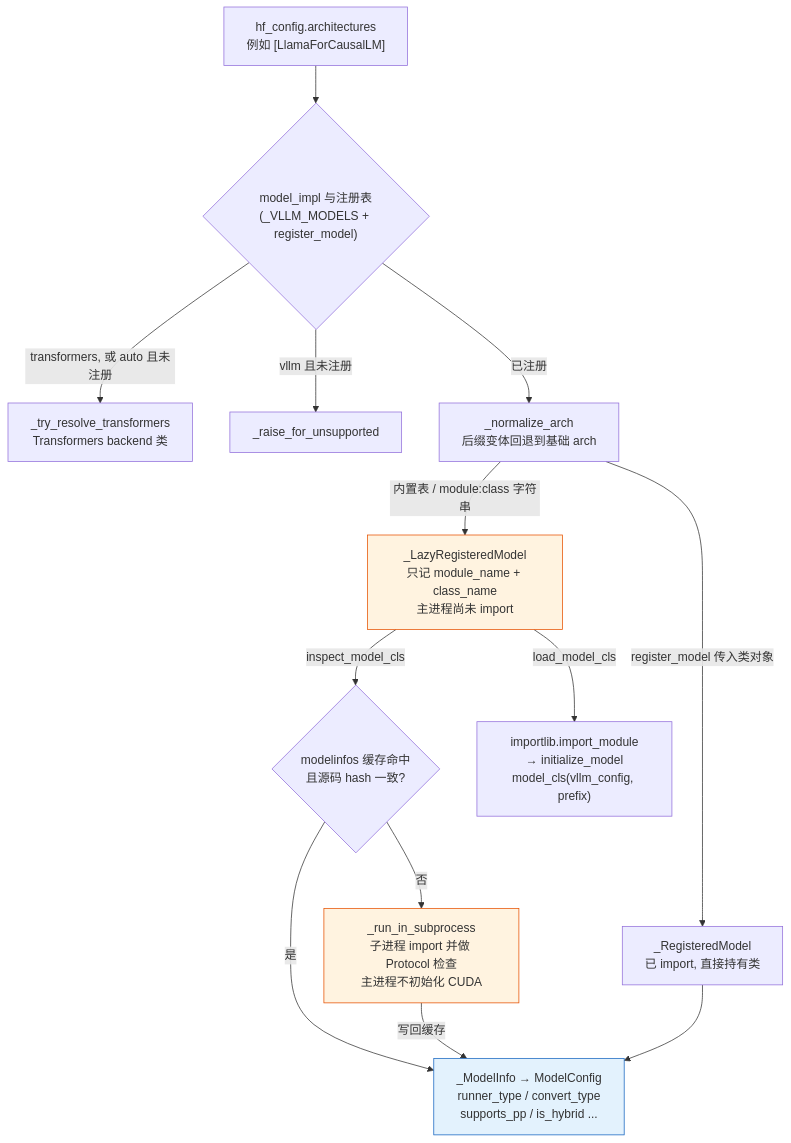
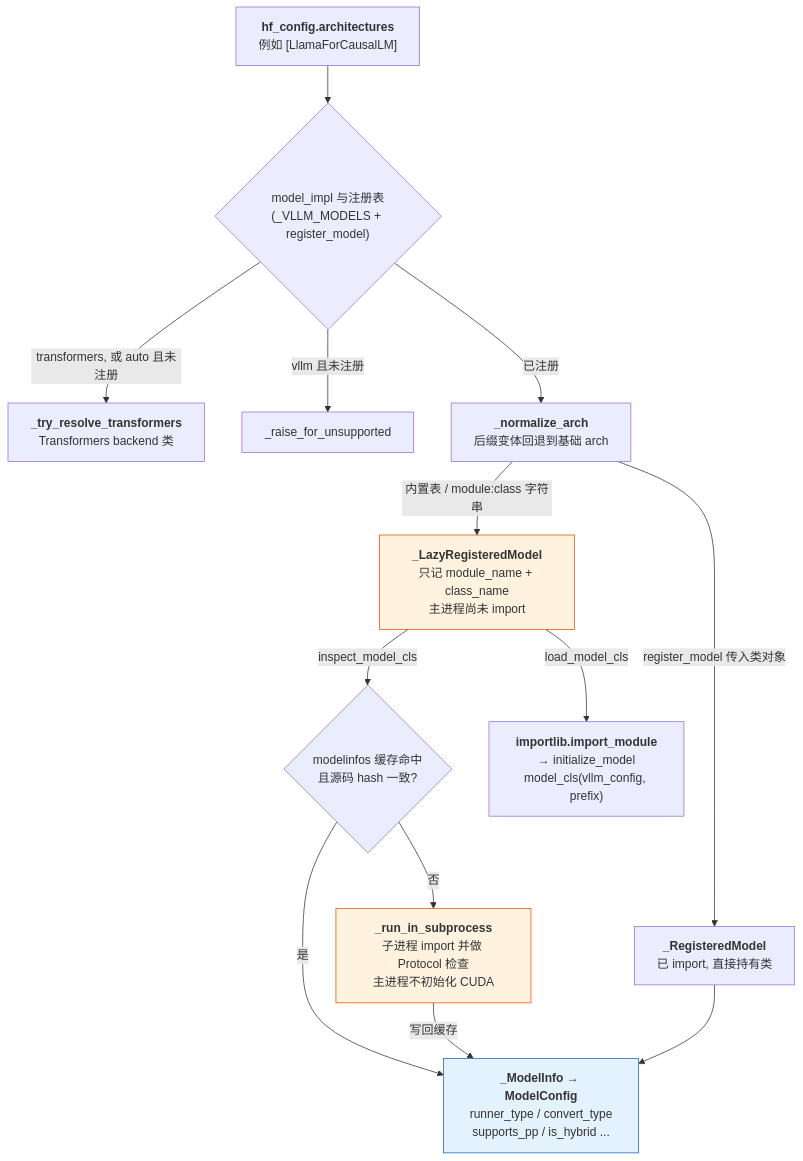
Before and after one commit to arganzheng/arganzheng.github.com: the second of 5 diagrams in _posts/2026-08-22-model-adaptation-architecture.md, drawn with Mermaid. The commit also changed 14 other files, not shown here.

First line of the commit message:
大模型推理系统揭秘：从 vLLM 看 LLM Serving Infra 核心技术：Mermaid 多行方框的首行标为标题（15 篇）

````diff
--- a/_posts/2026-08-22-model-adaptation-architecture.md
+++ b/_posts/2026-08-22-model-adaptation-architecture.md
@@ -245,20 +245,20 @@
 ```mermaid
 %% 图：ModelRegistry 的模型发现：按 architectures 查注册表，惰性注册项经子进程检查产出 _ModelInfo，load_model_cls 才 import 类
 flowchart TB
-    ARCH["hf_config.architectures<br/>例如 #91;LlamaForCausalLM#93;"] --> INTREE{"model_impl 与注册表<br/>(_VLLM_MODELS + register_model)"}
-    INTREE -->|"transformers, 或 auto 且未注册"| TF["_try_resolve_transformers<br/>Transformers backend 类"]
+    ARCH["<b>hf_config.architectures</b><br/>例如 #91;LlamaForCausalLM#93;"] --> INTREE{"model_impl 与注册表<br/>(_VLLM_MODELS + register_model)"}
+    INTREE -->|"transformers, 或 auto 且未注册"| TF["<b>_try_resolve_transformers</b><br/>Transformers backend 类"]
     INTREE -->|"vllm 且未注册"| ERR["_raise_for_unsupported"]
-    INTREE -->|"已注册"| NORM["_normalize_arch<br/>后缀变体回退到基础 arch"]
-    NORM -->|"内置表 / module:class 字符串"| LAZY["_LazyRegisteredModel<br/>只记 module_name + class_name<br/>主进程尚未 import"]
-    NORM -->|"register_model 传入类对象"| REGD["_RegisteredModel<br/>已 import, 直接持有类"]
+    INTREE -->|"已注册"| NORM["<b>_normalize_arch</b><br/>后缀变体回退到基础 arch"]
+    NORM -->|"内置表 / module:class 字符串"| LAZY["<b>_LazyRegisteredModel</b><br/>只记 module_name + class_name<br/>主进程尚未 import"]
+    NORM -->|"register_model 传入类对象"| REGD["<b>_RegisteredModel</b><br/>已 import, 直接持有类"]
     LAZY -->|"inspect_model_cls"| CACHE{"modelinfos 缓存命中<br/>且源码 hash 一致?"}
-    LAZY -->|"load_model_cls"| LOAD["importlib.import_module<br/>→ initialize_model<br/>model_cls(vllm_config, prefix)"]
-    CACHE -->|"是"| MI["_ModelInfo → ModelConfig<br/>runner_type / convert_type<br/>supports_pp / is_hybrid ..."]
-    CACHE -->|"否"| SUB["_run_in_subprocess<br/>子进程 import 并做 Protocol 检查<br/>主进程不初始化 CUDA"]
+    LAZY -->|"load_model_cls"| LOAD["<b>importlib.import_module</b><br/>→ initialize_model<br/>model_cls(vllm_config, prefix)"]
+    CACHE -->|"是"| MI["<b>_ModelInfo → ModelConfig</b><br/>runner_type / convert_type<br/>supports_pp / is_hybrid ..."]
+    CACHE -->|"否"| SUB["<b>_run_in_subprocess</b><br/>子进程 import 并做 Protocol 检查<br/>主进程不初始化 CUDA"]
     SUB -->|"写回缓存"| MI
     REGD --> MI
     classDef lazy fill:#fff3e0,stroke:#e65100;
     classDef info fill:#e3f2fd,stroke:#1565c0;
     class LAZY,SUB lazy;
     class MI info;
 ```
````
